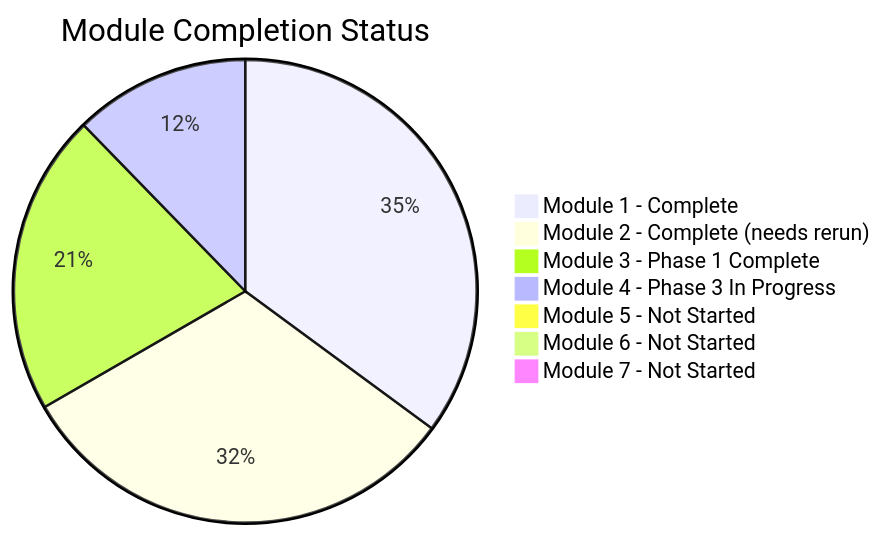
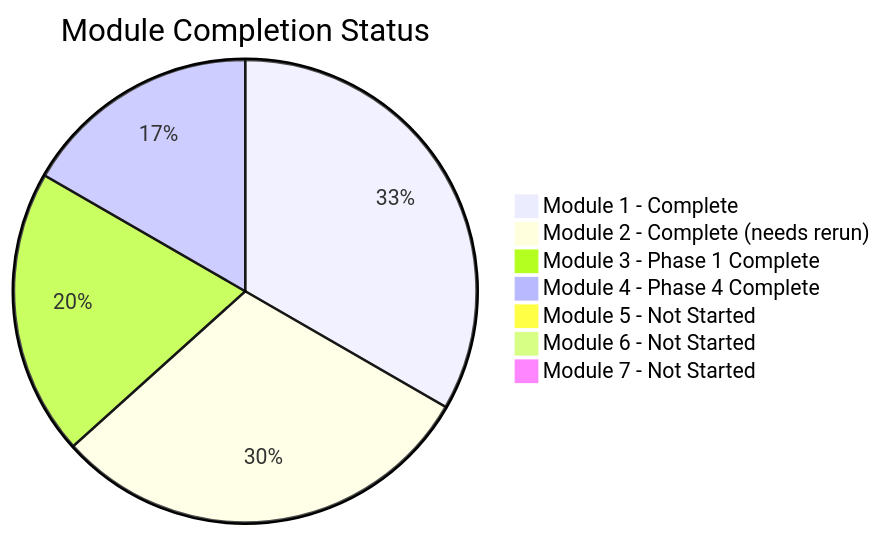
Before and after one commit to moinhs1/extracting-features: the second of 3 diagrams in docs/progress.md, drawn with Mermaid. The commit also changed other lines of this file and 2 other files, not shown here.

First line of the commit message:
docs: update all documentation for Phase 3-4 completion

````diff
--- a/docs/progress.md
+++ b/docs/progress.md
@@ -51,10 +52,10 @@
 ```mermaid
 pie title Module Completion Status
     "Module 1 - Complete" : 100
     "Module 2 - Complete (needs rerun)" : 90
     "Module 3 - Phase 1 Complete" : 60
-    "Module 4 - Phase 3 In Progress" : 35
+    "Module 4 - Phase 4 Complete" : 50
     "Module 5 - Not Started" : 0
     "Module 6 - Not Started" : 0
     "Module 7 - Not Started" : 0
 ```
````
